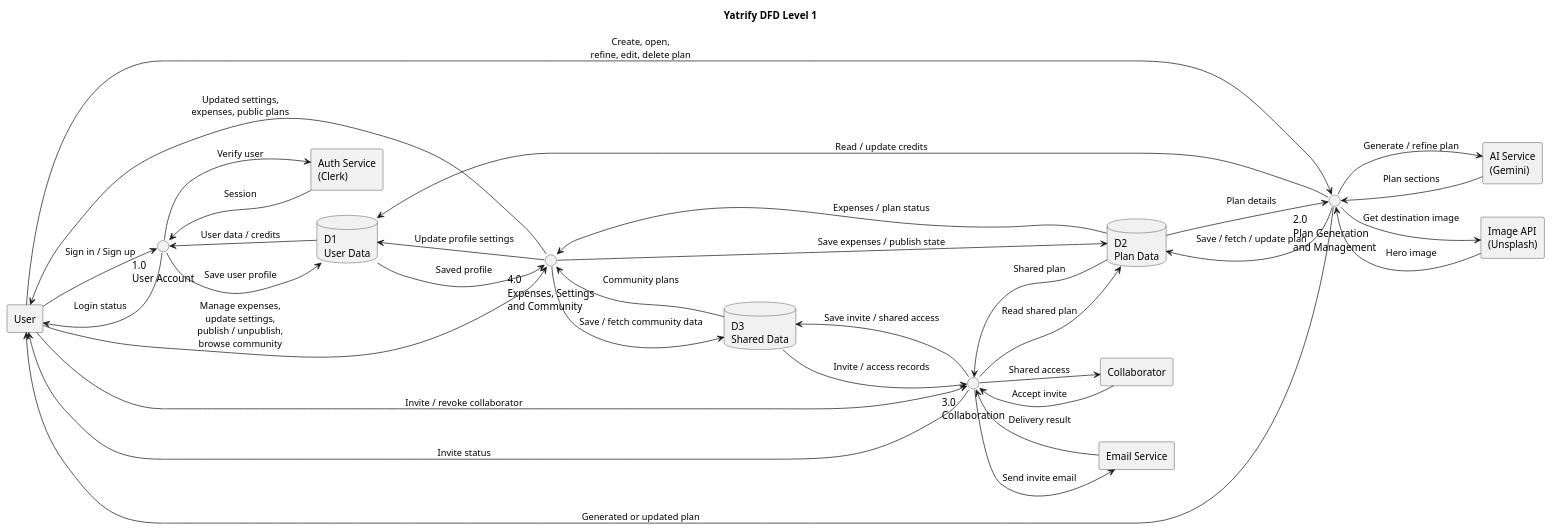
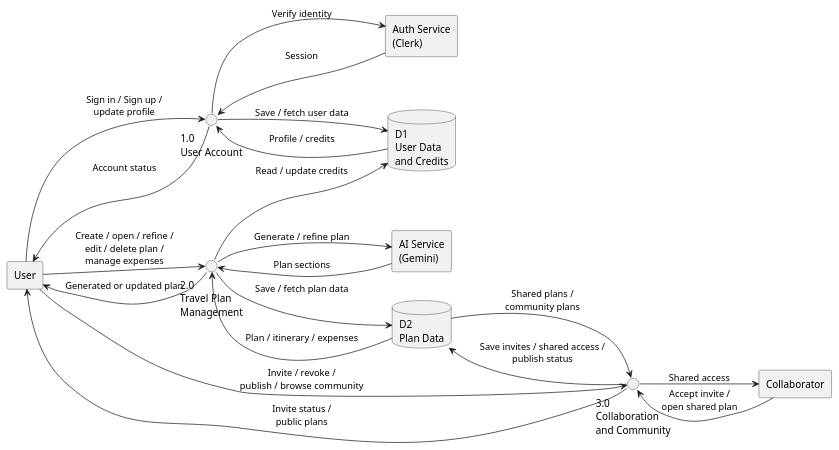
Before and after one commit to naishil19/Yatrify: the diagram in Diagram/dfd1.plantuml, drawn with PlantUML. The commit also changed 16 other files, not shown here.

```diff
--- a/Diagram/dfd1.plantuml
+++ b/Diagram/dfd1.plantuml
@@ -1,68 +1,46 @@
 @startuml
 left to right direction
 skinparam monochrome true
 skinparam shadowing false
-
-title Yatrify DFD Level 1
 
 ' ================= EXTERNAL ENTITIES =================
 rectangle "User" as User
 rectangle "Collaborator" as Collab
 rectangle "Auth Service\n(Clerk)" as Clerk
 rectangle "AI Service\n(Gemini)" as Gemini
-rectangle "Image API\n(Unsplash)" as Unsplash
-rectangle "Email Service" as Email
 
 ' ================= PROCESSES =================
 circle "1.0\nUser Account" as P1
-circle "2.0\nPlan Generation\nand Management" as P2
-circle "3.0\nCollaboration" as P3
-circle "4.0\nExpenses, Settings\nand Community" as P4
+circle "2.0\nTravel Plan\nManagement" as P2
+circle "3.0\nCollaboration\nand Community" as P3
 
 ' ================= DATA STORES =================
-database "D1\nUser Data" as D1
+database "D1\nUser Data\nand Credits" as D1
 database "D2\nPlan Data" as D2
-database "D3\nShared Data" as D3
 
-' ================= ACCOUNT FLOW =================
-User --> P1 : Sign in / Sign up
-P1 --> Clerk : Verify user
+' ================= ACCOUNT =================
+User --> P1 : Sign in / Sign up /\nupdate profile
+P1 --> Clerk : Verify identity
 Clerk --> P1 : Session
-P1 --> D1 : Save user profile
-D1 --> P1 : User data / credits
-P1 --> User : Login status
+P1 --> D1 : Save / fetch user data
+D1 --> P1 : Profile / credits
+P1 --> User : Account status
 
-' ================= PLAN FLOW =================
-User --> P2 : Create, open,\nrefine, edit, delete plan
+' ================= PLAN =================
+User --> P2 : Create / open / refine /\nedit / delete plan /\nmanage expenses
 P2 --> Gemini : Generate / refine plan
 Gemini --> P2 : Plan sections
-P2 --> Unsplash : Get destination image
-Unsplash --> P2 : Hero image
 P2 --> D1 : Read / update credits
-P2 --> D2 : Save / fetch / update plan
-D2 --> P2 : Plan details
+P2 --> D2 : Save / fetch plan data
+D2 --> P2 : Plan / itinerary / expenses
 P2 --> User : Generated or updated plan
 
-' ================= COLLABORATION FLOW =================
-User --> P3 : Invite / revoke collaborator
-Collab --> P3 : Accept invite
-P3 --> Email : Send invite email
-Email --> P3 : Delivery result
-P3 --> D3 : Save invite / shared access
-D3 --> P3 : Invite / access records
-P3 --> D2 : Read shared plan
-D2 --> P3 : Shared plan
-P3 --> User : Invite status
+' ================= COLLABORATION + COMMUNITY =================
+User --> P3 : Invite / revoke /\npublish / browse community
+Collab --> P3 : Accept invite /\nopen shared plan
+P3 --> D2 : Save invites / shared access /\npublish status
+D2 --> P3 : Shared plans /\ncommunity plans
+P3 --> User : Invite status /\npublic plans
 P3 --> Collab : Shared access
 
-' ================= OTHER FEATURES FLOW =================
-User --> P4 : Manage expenses,\nupdate settings,\npublish / unpublish,\nbrowse community
-P4 --> D1 : Update profile settings
-P4 --> D2 : Save expenses / publish state
-P4 --> D3 : Save / fetch community data
-D1 --> P4 : Saved profile
-D2 --> P4 : Expenses / plan status
-D3 --> P4 : Community plans
-P4 --> User : Updated settings,\nexpenses, public plans
-
 @enduml
```
